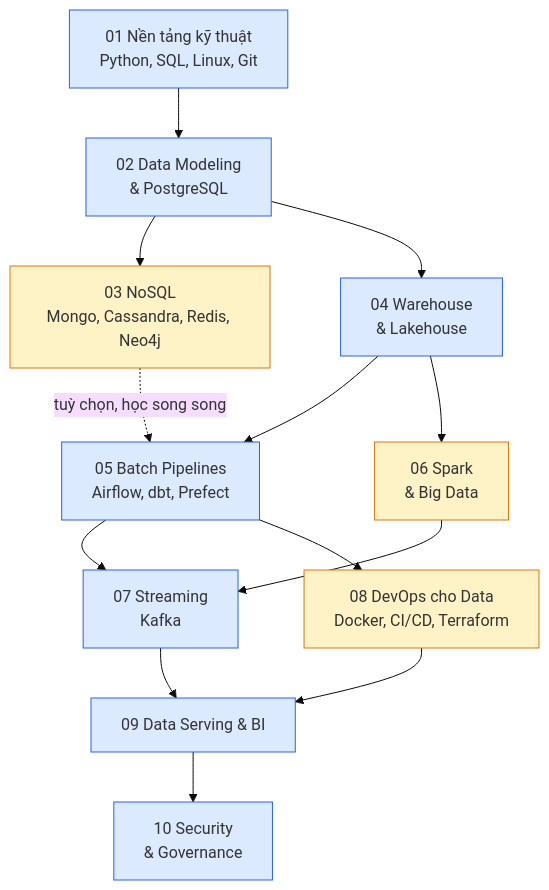
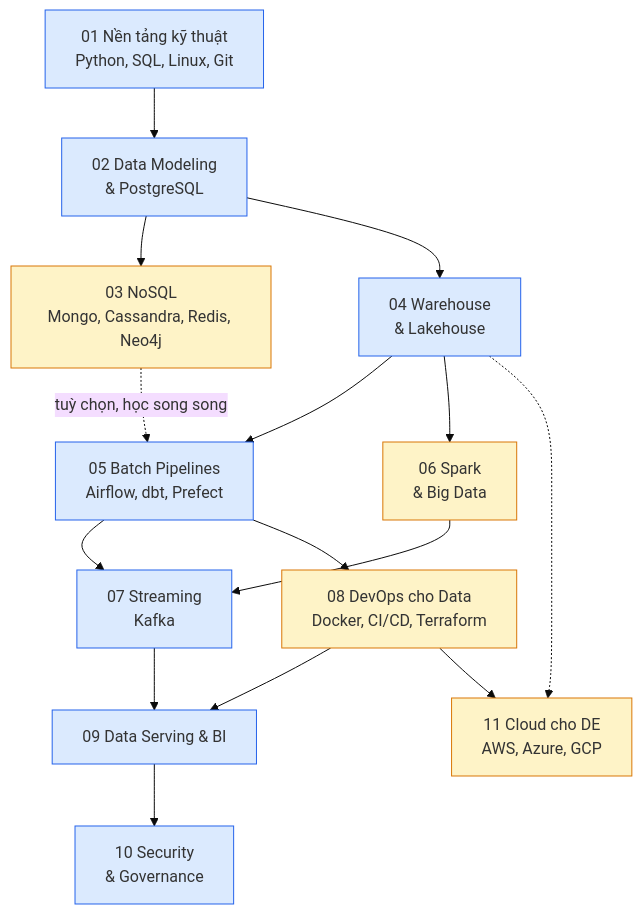
One commit to Buicongbang04/Learning_Platform changed the first of 2 diagrams in tracks/data-engineer/README.md. Above: the diagram before and after it, drawn with Mermaid (base theme). The commit also changed other lines of this file and 62 other files, not shown here.

First line of the commit message:
Thêm module 11 Cloud, bổ sung mục roadmap còn thiếu, kiểm chứng dịch vụ Docker

````diff
--- a/tracks/data-engineer/README.md
+++ b/tracks/data-engineer/README.md
@@ -15,21 +15,23 @@
 ```mermaid
 flowchart TD
     M01[01 Nền tảng kỹ thuật<br/>Python, SQL, Linux, Git] --> M02[02 Data Modeling<br/>& PostgreSQL]
     M02 --> M03[03 NoSQL<br/>Mongo, Cassandra, Redis, Neo4j]
     M02 --> M04[04 Warehouse<br/>& Lakehouse]
     M04 --> M05[05 Batch Pipelines<br/>Airflow, dbt, Prefect]
     M04 --> M06[06 Spark<br/>& Big Data]
     M05 --> M07[07 Streaming<br/>Kafka]
     M06 --> M07
     M05 --> M08[08 DevOps cho Data<br/>Docker, CI/CD, Terraform]
     M07 --> M09[09 Data Serving & BI]
     M08 --> M09
     M09 --> M10[10 Security<br/>& Governance]
+    M08 --> M11[11 Cloud cho DE<br/>AWS, Azure, GCP]
+    M04 -.-> M11
 
     M03 -. tuỳ chọn, học song song .-> M05
 
     classDef core fill:#dbeafe,stroke:#2563eb
     classDef branch fill:#fef3c7,stroke:#d97706
     class M01,M02,M04,M05,M07,M09,M10 core
-    class M03,M06,M08 branch
+    class M03,M06,M08,M11 branch
 ```
````
